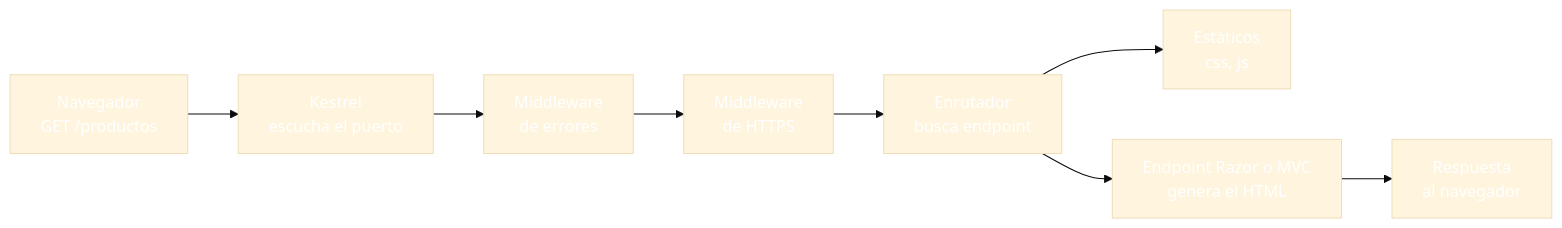
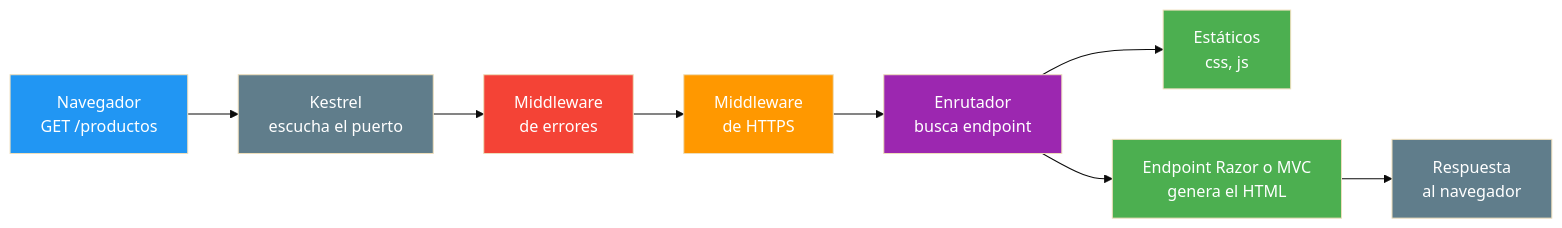
Before and after one commit to joseluisgs/DesarrolloWebEntornosServidor-03-2026-2027: the second of 7 diagrams in 01-razor-fundamentos.md, drawn with Mermaid (base theme). The commit also changed other lines of this file and 25 other files, not shown here.

Commit message:
docs: corregir los estilos Mermaid de los temas y alinear el dominio del tema 25 con ProductosApp

````diff
--- a/01-razor-fundamentos.md
+++ b/01-razor-fundamentos.md
@@ -145,18 +145,18 @@
 ```mermaid
 graph LR
     A["Navegador<br/>GET /productos"] --> B["Kestrel<br/>escucha el puerto"]
     B --> C["Middleware<br/>de errores"]
     C --> D["Middleware<br/>de HTTPS"]
     D --> E["Enrutador<br/>busca endpoint"]
     E --> F["Estáticos<br/>css, js"]
     E --> G["Endpoint Razor o MVC<br/>genera el HTML"]
     G --> H["Respuesta<br/>al navegador"]
-    style A fill:#2196F,color:#fff3,color:#fff
-    style B fill:#607D8,color:#fffB,color:#fff
-    style C fill:#f4433,color:#fff6,color:#fff
-    style D fill:#FF980,color:#fff0,color:#fff
-    style E fill:#9C27B,color:#fff0,color:#fff
-    style F fill:#4CAF5,color:#fff0,color:#fff
-    style G fill:#4CAF5,color:#fff0,color:#fff
-    style H fill:#607D8,color:#fffB,color:#fff
+    style A fill:#2196F3,color:#fff
+    style B fill:#607D8B,color:#fff
+    style C fill:#f44336,color:#fff
+    style D fill:#FF9800,color:#fff
+    style E fill:#9C27B0,color:#fff
+    style F fill:#4CAF50,color:#fff
+    style G fill:#4CAF50,color:#fff
+    style H fill:#607D8B,color:#fff
 ```
````
